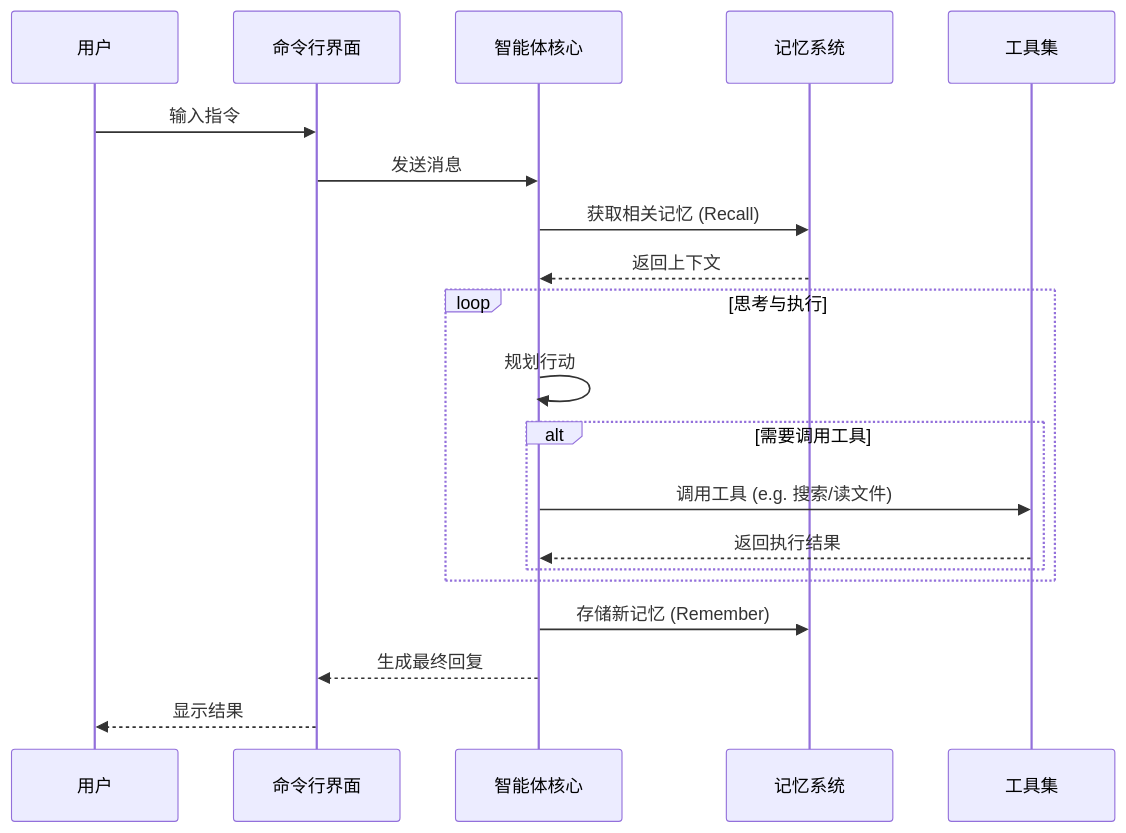
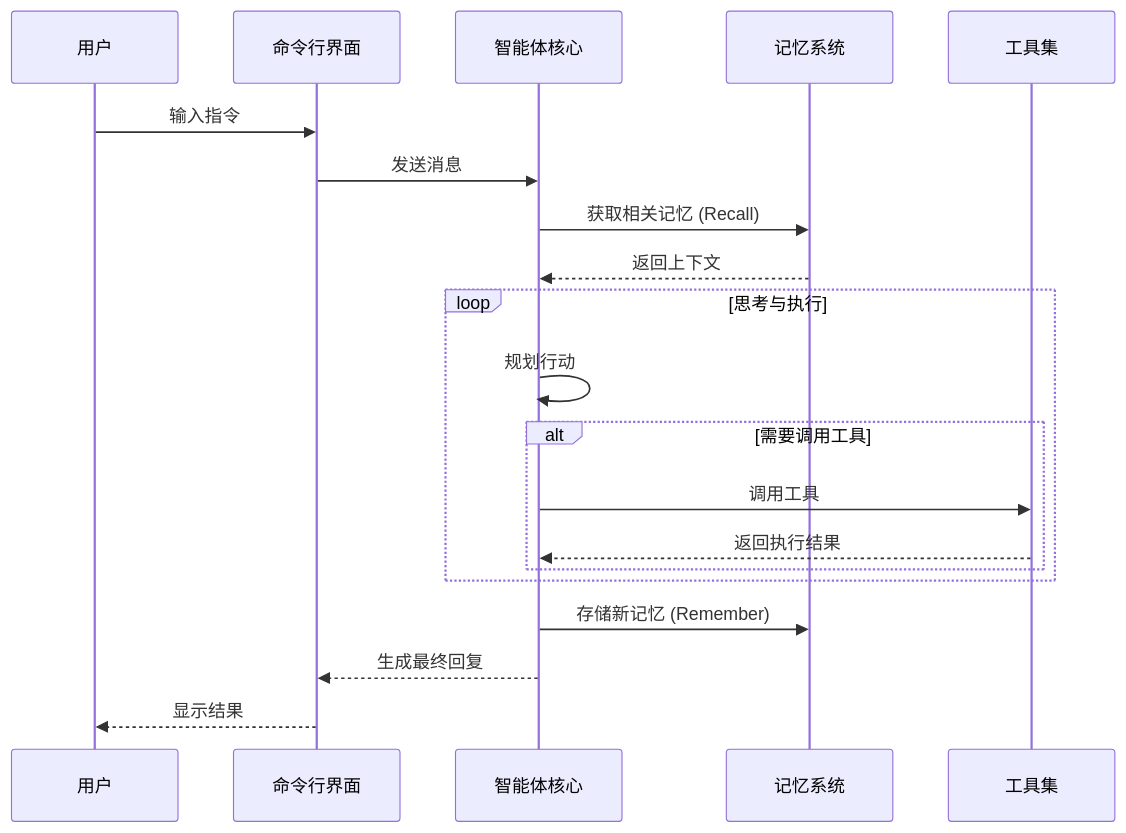
The first of 2 diagrams in README_CN.md (xt765/FinchBot), drawn with Mermaid before and after one commit. The commit also changed other lines of this file and 1 other file, not shown here.

````diff
--- a/README_CN.md
+++ b/README_CN.md
@@ -58,25 +88,25 @@
 ```mermaid
 sequenceDiagram
     participant User as 用户
     participant CLI as 命令行界面
     participant Agent as 智能体核心
     participant Memory as 记忆系统
     participant Tools as 工具集
 
     User->>CLI: 输入指令
     CLI->>Agent: 发送消息
     Agent->>Memory: 获取相关记忆 (Recall)
     Memory-->>Agent: 返回上下文
     
     loop 思考与执行
         Agent->>Agent: 规划行动
         alt 需要调用工具
-            Agent->>Tools: 调用工具 (e.g. 搜索/读文件)
+            Agent->>Tools: 调用工具
             Tools-->>Agent: 返回执行结果
         end
     end
 
     Agent->>Memory: 存储新记忆 (Remember)
     Agent-->>CLI: 生成最终回复
     CLI-->>User: 显示结果
 ```
````
